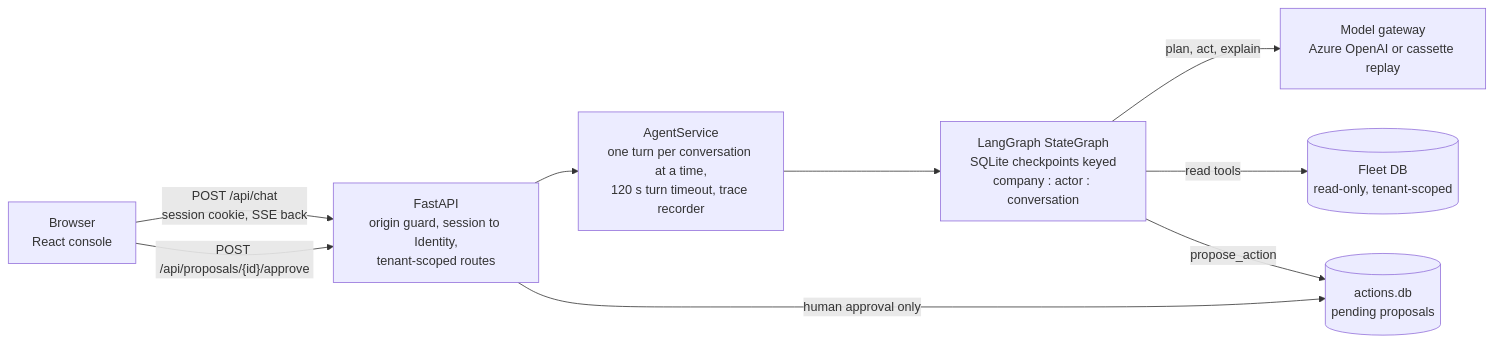
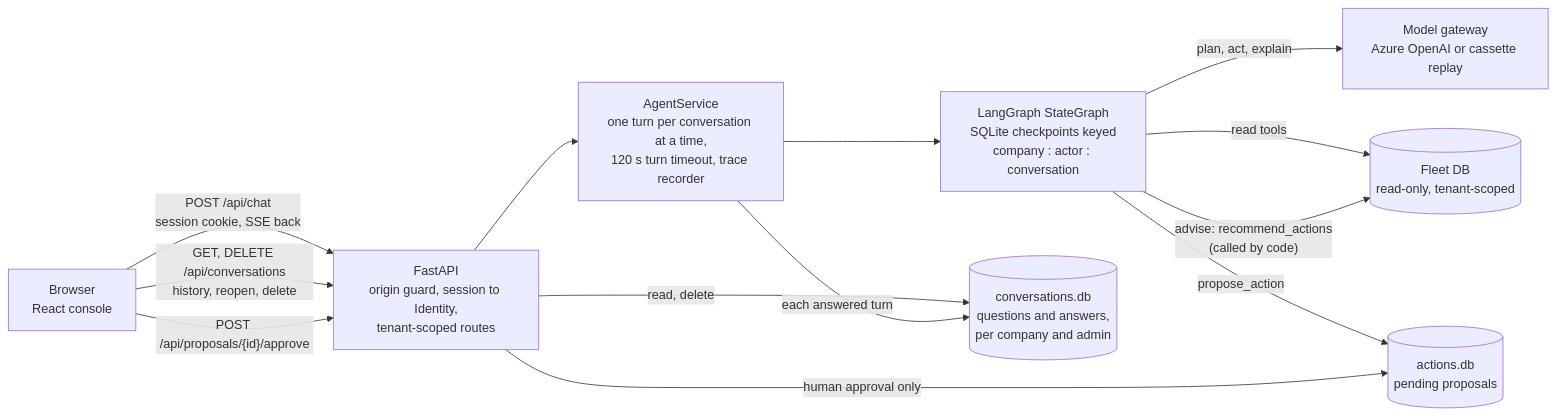
One commit to PegasusA14/agentic-aI-fleet-copilot- changed the first of 2 diagrams in README.md. Above: the diagram before and after it, drawn with Mermaid. The commit also changed other lines of this file and 1 other file, not shown here.

Commit message:
docs: conversational chat, history and advice

````diff
--- a/README.md
+++ b/README.md
@@ -155,11 +168,15 @@
 ```mermaid
 flowchart LR
     UI["Browser<br/>React console"] -- "POST /api/chat<br/>session cookie, SSE back" --> API["FastAPI<br/>origin guard, session to Identity,<br/>tenant-scoped routes"]
     API --> SVC["AgentService<br/>one turn per conversation at a time,<br/>120 s turn timeout, trace recorder"]
     SVC --> G["LangGraph StateGraph<br/>SQLite checkpoints keyed<br/>company : actor : conversation"]
     G -- "plan, act, explain" --> LLM["Model gateway<br/>Azure OpenAI or cassette replay"]
     G -- "read tools" --> REPO[("Fleet DB<br/>read-only, tenant-scoped")]
     G -- "propose_action" --> ACT[("actions.db<br/>pending proposals")]
+    G -- "advise: recommend_actions<br/>(called by code)" --> REPO
+    UI -- "GET, DELETE /api/conversations<br/>history, reopen, delete" --> API
+    API -- "read, delete" --> HIST[("conversations.db<br/>questions and answers,<br/>per company and admin")]
+    SVC -- "each answered turn" --> HIST
     UI -- "POST /api/proposals/{id}/approve" --> API
     API -- "human approval only" --> ACT
 ```
````
